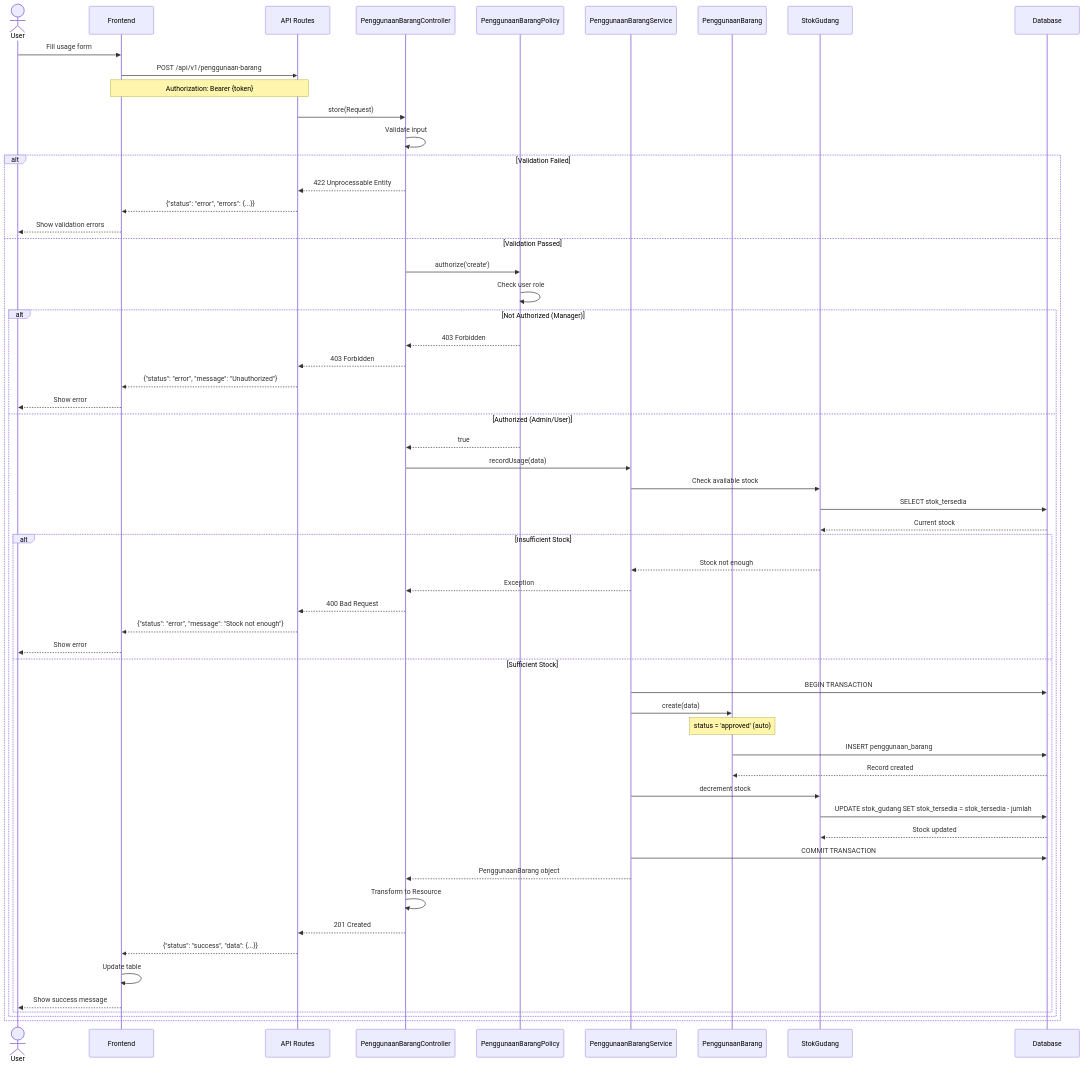
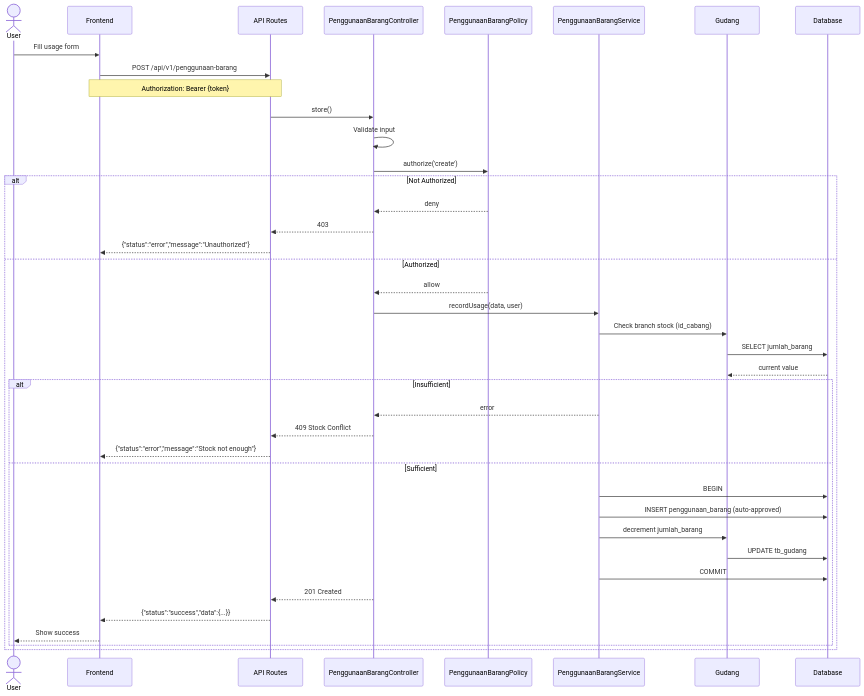
Before and after one commit to apinlight/Backend-of-SIPB: the third of 9 diagrams in docs/UML_DIAGRAMS.md, drawn with Mermaid. The commit also changed other lines of this file and 2 other files, not shown here.

````diff
--- a/docs/UML_DIAGRAMS.md
+++ b/docs/UML_DIAGRAMS.md
@@ -252,70 +254,43 @@
 ```mermaid
 sequenceDiagram
     actor User
     participant FE as Frontend
     participant API as API Routes
     participant Ctrl as PenggunaanBarangController
     participant Policy as PenggunaanBarangPolicy
     participant Service as PenggunaanBarangService
-    participant Model as PenggunaanBarang
-    participant Stock as StokGudang
+    participant Gud as Gudang
     participant DB as Database
 
     User->>FE: Fill usage form
     FE->>API: POST /api/v1/penggunaan-barang
     Note over FE,API: Authorization: Bearer {token}
-    
-    API->>Ctrl: store(Request)
+    API->>Ctrl: store()
     Ctrl->>Ctrl: Validate input
-    
-    alt Validation Failed
-        Ctrl-->>API: 422 Unprocessable Entity
-        API-->>FE: {"status": "error", "errors": {...}}
-        FE-->>User: Show validation errors
-    else Validation Passed
-        Ctrl->>Policy: authorize('create')
-        Policy->>Policy: Check user role
-        
-        alt Not Authorized (Manager)
-            Policy-->>Ctrl: 403 Forbidden
-            Ctrl-->>API: 403 Forbidden
-            API-->>FE: {"status": "error", "message": "Unauthorized"}
-            FE-->>User: Show error
-        else Authorized (Admin/User)
-            Policy-->>Ctrl: true
-            
-            Ctrl->>Service: recordUsage(data)
-            Service->>Stock: Check available stock
-            Stock->>DB: SELECT stok_tersedia
-            DB-->>Stock: Current stock
-            
-            alt Insufficient Stock
-                Stock-->>Service: Stock not enough
-                Service-->>Ctrl: Exception
-                Ctrl-->>API: 400 Bad Request
-                API-->>FE: {"status": "error", "message": "Stock not enough"}
-                FE-->>User: Show error
-            else Sufficient Stock
-                Service->>DB: BEGIN TRANSACTION
-                
-                Service->>Model: create(data)
-                Note over Model: status = 'approved' (auto)
-                Model->>DB: INSERT penggunaan_barang
-                DB-->>Model: Record created
-                
-                Service->>Stock: decrement stock
-                Stock->>DB: UPDATE stok_gudang SET stok_tersedia = stok_tersedia - jumlah
-                DB-->>Stock: Stock updated
-                
-                Service->>DB: COMMIT TRANSACTION
-                Service-->>Ctrl: PenggunaanBarang object
-                
-                Ctrl->>Ctrl: Transform to Resource
-                Ctrl-->>API: 201 Created
-                API-->>FE: {"status": "success", "data": {...}}
-                FE->>FE: Update table
-                FE-->>User: Show success message
-            end
+    Ctrl->>Policy: authorize('create')
+    alt Not Authorized
+        Policy-->>Ctrl: deny
+        Ctrl-->>API: 403
+        API-->>FE: {"status":"error","message":"Unauthorized"}
+    else Authorized
+        Policy-->>Ctrl: allow
+        Ctrl->>Service: recordUsage(data, user)
+        Service->>Gud: Check branch stock (id_cabang)
+        Gud->>DB: SELECT jumlah_barang
+        DB-->>Gud: current value
+        alt Insufficient
+            Service-->>Ctrl: error
+            Ctrl-->>API: 409 Stock Conflict
+            API-->>FE: {"status":"error","message":"Stock not enough"}
+        else Sufficient
+            Service->>DB: BEGIN
+            Service->>DB: INSERT penggunaan_barang (auto-approved)
+            Service->>Gud: decrement jumlah_barang
+            Gud->>DB: UPDATE tb_gudang
+            Service->>DB: COMMIT
+            Ctrl-->>API: 201 Created
+            API-->>FE: {"status":"success","data":{...}}
+            FE-->>User: Show success
         end
     end
 ```
````
